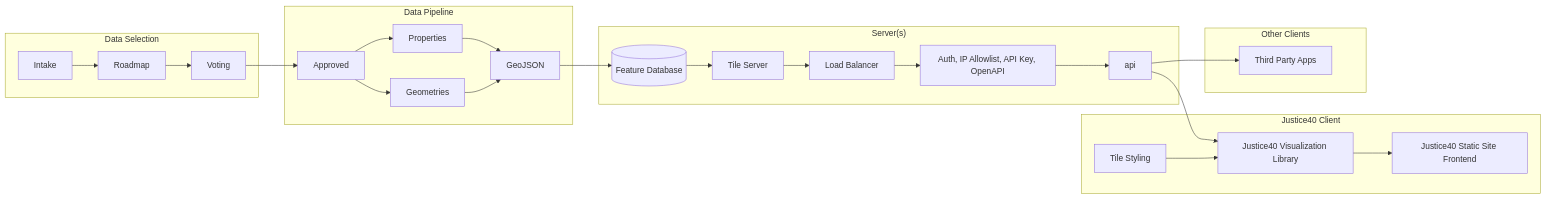
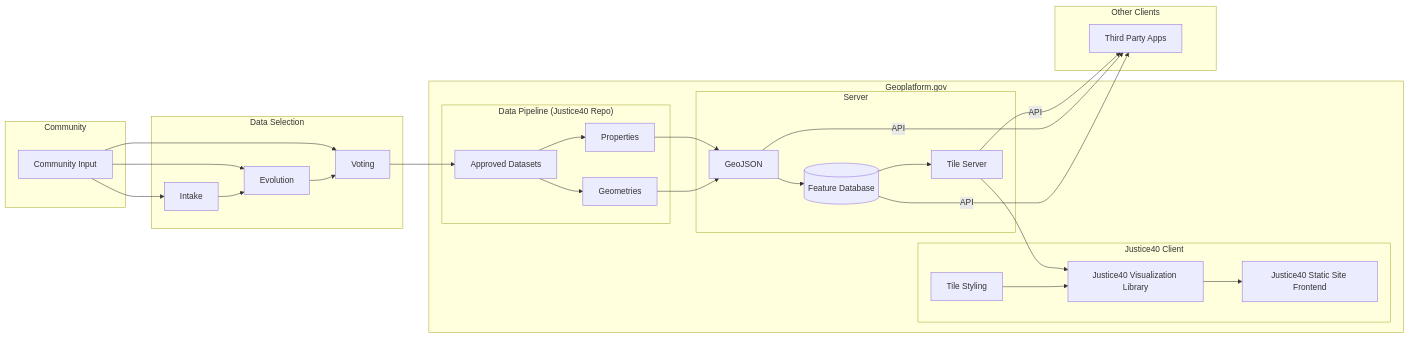
The diagram in docs/architecture/architecture.mmd (usds/justice40-tool), drawn with Mermaid before and after one commit.

Commit message:
Fixes #18 - Addresses potential architecture on geoplatform.gov

```diff
--- a/docs/architecture/architecture.mmd
+++ b/docs/architecture/architecture.mmd
@@ -1,26 +1,36 @@
 graph LR
+    subgraph c["Community"]
+        input["Community Input"]
+    end
+
     subgraph ds["Data Selection"]
-    Intake --> Roadmap --> Voting
+        input --> Intake
+        input --> Evolution
+        input --> Voting
+        Intake --> Evolution --> Voting
     end
-    subgraph dp["Data Pipeline"]
-    Voting --> Approved
-    Approved --> Properties
-    Approved --> Geometries
-    Properties --> GeoJSON
-    Geometries --> GeoJSON
+    
+    subgraph s["Geoplatform.gov"]
+        subgraph dp["Data Pipeline (Justice40 Repo)"]
+            Voting --> a["Approved Datasets"]
+            a --> Properties
+            a --> Geometries
+        end
+        subgraph Server
+            Properties --> GeoJSON
+            Geometries --> GeoJSON
+            GeoJSON --> db[("Feature Database")]
+            db --> tileserv["Tile Server"]
+        end
+            subgraph j40["Justice40 Client"]
+            tileserv --> vl
+            ts["Tile Styling"] --> vl["Justice40 Visualization Library"]
+            vl --> fe["Justice40 Static Site Frontend"]
+        end
     end
-    subgraph s["Server(s)"]
-    GeoJSON --> db[("Feature Database")]
-    db --> tileserv["Tile Server"]
-    tileserv --> lb["Load Balancer"]
-    lb --> auth["Auth, IP Allowlist, API Key, OpenAPI"]
-    auth --> api
+
+    subgraph oc["Other Clients"]
+        tileserv -- API --> 3p["Third Party Apps"]
+        GeoJSON -- API --> 3p
+        db -- API --> 3p
     end
-    subgraph j40["Justice40 Client"]
-    api --> vl["Justice40 Visualization Library"]
-    ts["Tile Styling"] --> vl
-    vl --> fe["Justice40 Static Site Frontend"]
-    end
-    subgraph oc["Other Clients"]
-    api --> 3p["Third Party Apps"]
-    end
```
